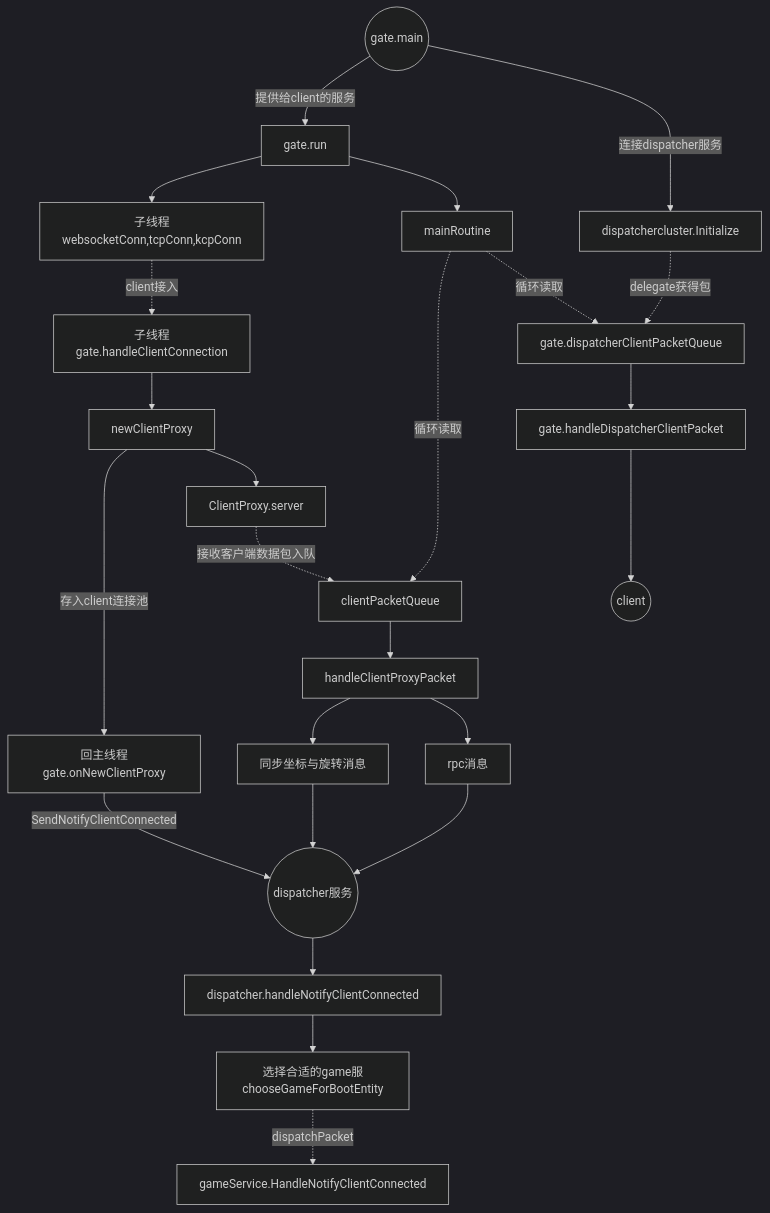
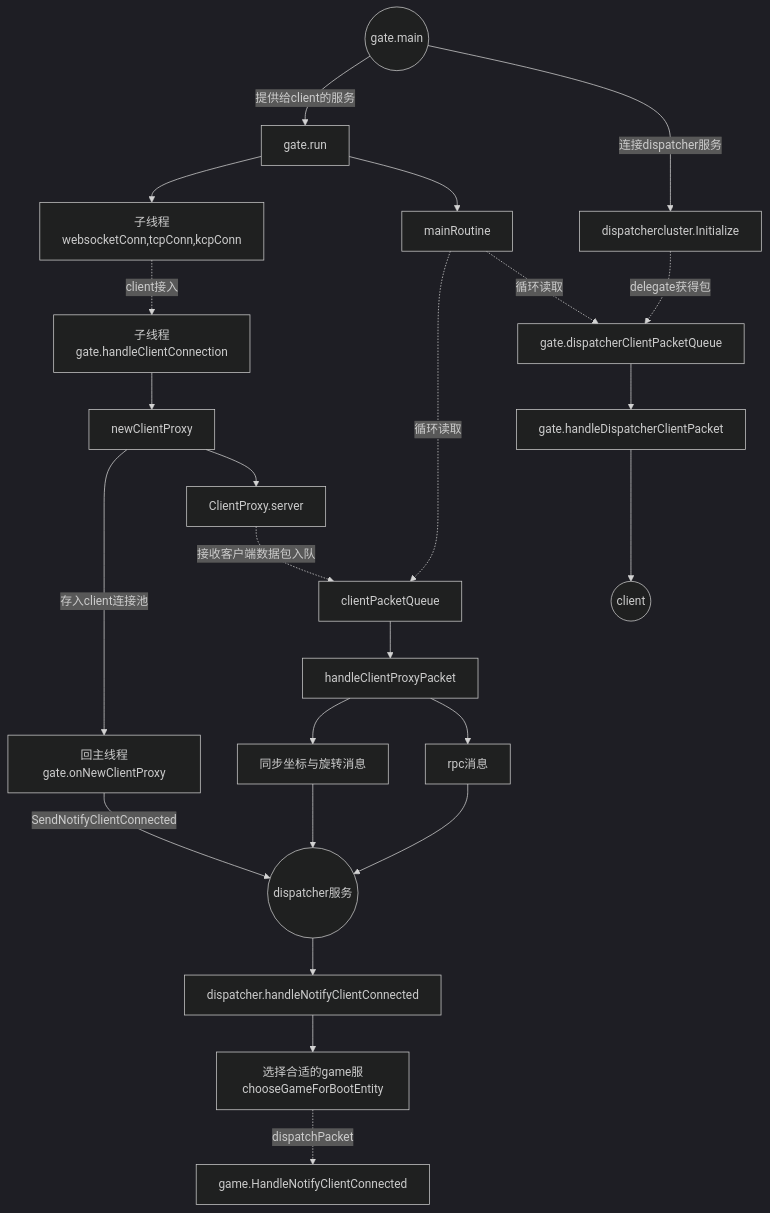
One commit to hammercui/book-list changed the diagram in 9.项目阅读笔记/4.1gate.md. Above: the diagram before and after it, drawn with Mermaid (dark theme). The commit also changed other lines of this file and 3 other files, not shown here.

````diff
--- a/9.项目阅读笔记/4.1gate.md
+++ b/9.项目阅读笔记/4.1gate.md
@@ -11,28 +11,28 @@
 ```mermaid
 graph TB
     a0((gate.main))--提供给client的服务-->a[gate.run]
     a-->b[子线程websocketConn,tcpConn,kcpConn]
     b-.client接入.->c[子线程gate.handleClientConnection]
     c-->d[newClientProxy]
     d--存入client连接池-->e[回主线程gate.onNewClientProxy]
     e--SendNotifyClientConnected-->q
     q-->f[dispatcher.handleNotifyClientConnected]
     f-->g[选择合适的game服chooseGameForBootEntity]
-    g-.dispatchPacket.->h[gameService.HandleNotifyClientConnected]
+    g-.dispatchPacket.->h[game.HandleNotifyClientConnected]
     d-->i[ClientProxy.server]
     i-.接收客户端数据包入队.->j[clientPacketQueue]
     a-->k[mainRoutine]
     k-.循环读取.->j
     j-->l[handleClientProxyPacket]
     l-->l1[同步坐标与旋转消息]
     l-->l2[rpc消息]
     a0--连接dispatcher服务-->m[dispatchercluster.Initialize]
     m-.delegate获得包.->n[gate.dispatcherClientPacketQueue]
     k-.循环读取.->n
     n-->o[gate.handleDispatcherClientPacket]
     o-->p((client))
     l1-->q((dispatcher服务))
     l2-->q
 
 
 ```
````
